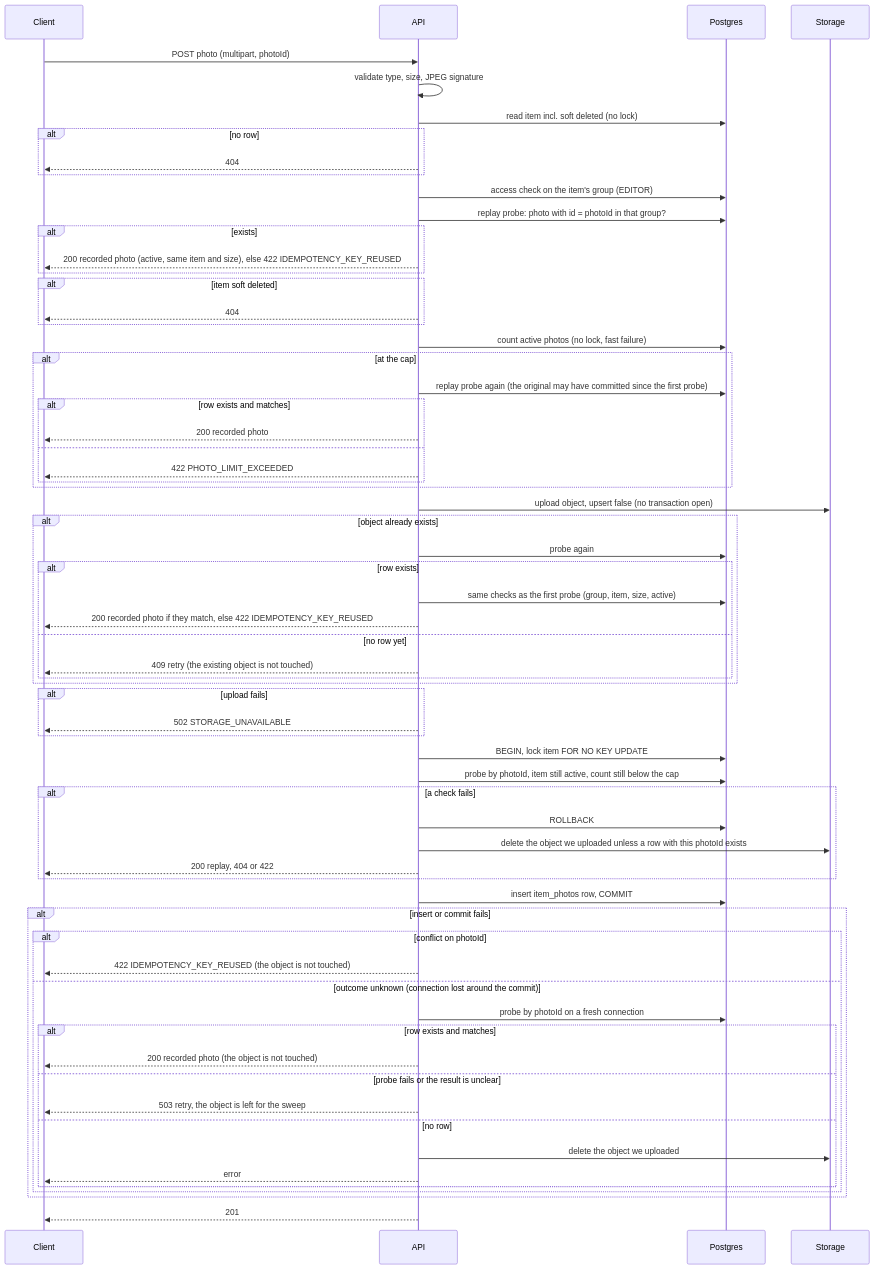
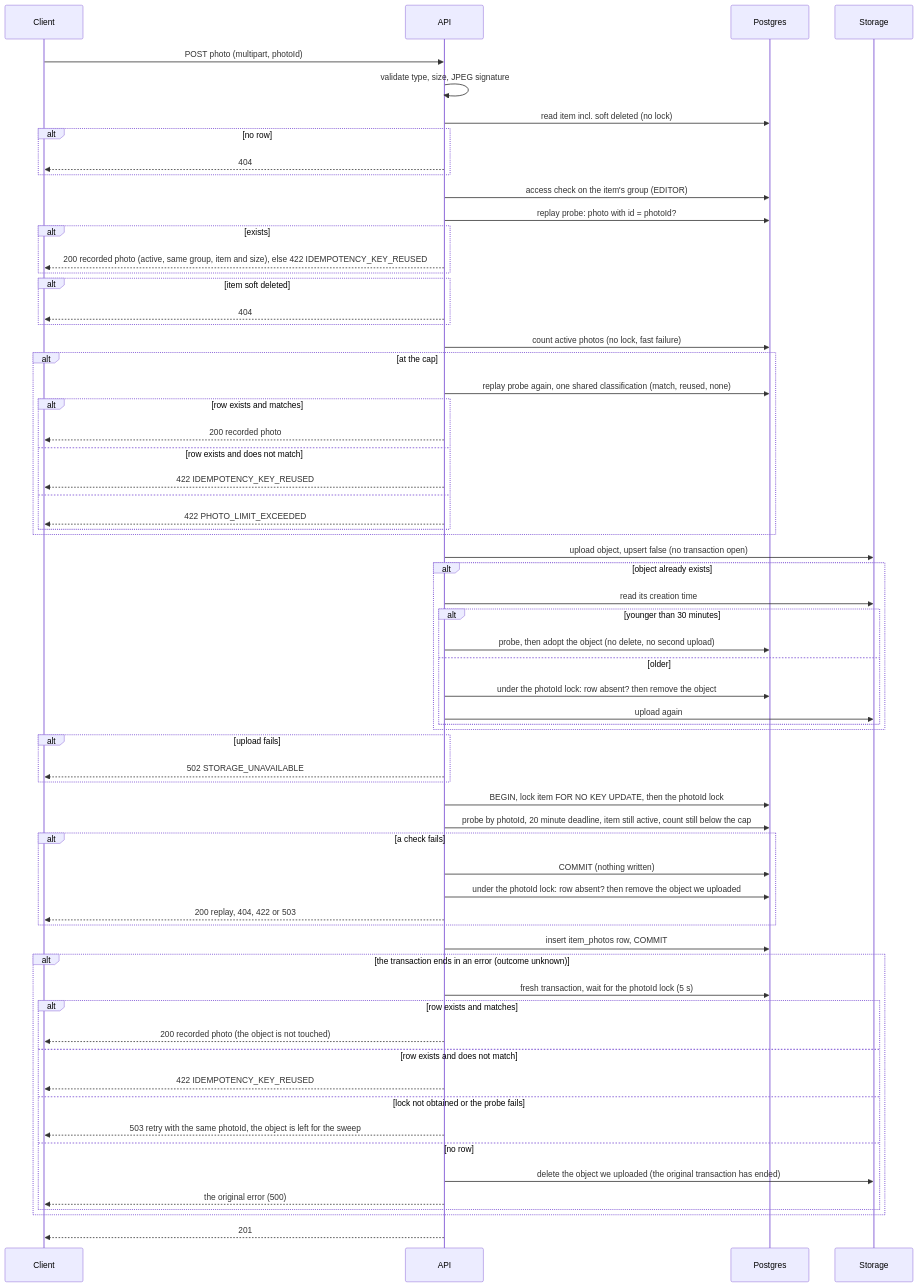
The diagram in docs/design/item-photos.md (TakashiAihara/prep-hamster), drawn with Mermaid before and after one commit. The commit also changed other lines of this file and 36 other files, not shown here.

````diff
--- a/docs/design/item-photos.md
+++ b/docs/design/item-photos.md
@@ -122,67 +127,67 @@
 ```mermaid
 sequenceDiagram
   participant C as Client
   participant A as API
   participant D as Postgres
   participant S as Storage
   C->>A: POST photo (multipart, photoId)
   A->>A: validate type, size, JPEG signature
   A->>D: read item incl. soft deleted (no lock)
   alt no row
     A-->>C: 404
   end
   A->>D: access check on the item's group (EDITOR)
-  A->>D: replay probe: photo with id = photoId in that group?
+  A->>D: replay probe: photo with id = photoId?
   alt exists
-    A-->>C: 200 recorded photo (active, same item and size), else 422 IDEMPOTENCY_KEY_REUSED
+    A-->>C: 200 recorded photo (active, same group, item and size), else 422 IDEMPOTENCY_KEY_REUSED
   end
   alt item soft deleted
     A-->>C: 404
   end
   A->>D: count active photos (no lock, fast failure)
   alt at the cap
-    A->>D: replay probe again (the original may have committed since the first probe)
+    A->>D: replay probe again, one shared classification (match, reused, none)
     alt row exists and matches
       A-->>C: 200 recorded photo
+    else row exists and does not match
+      A-->>C: 422 IDEMPOTENCY_KEY_REUSED
     else
       A-->>C: 422 PHOTO_LIMIT_EXCEEDED
     end
   end
   A->>S: upload object, upsert false (no transaction open)
   alt object already exists
-    A->>D: probe again
-    alt row exists
-      A->>D: same checks as the first probe (group, item, size, active)
-      A-->>C: 200 recorded photo if they match, else 422 IDEMPOTENCY_KEY_REUSED
-    else no row yet
-      A-->>C: 409 retry (the existing object is not touched)
+    A->>S: read its creation time
+    alt younger than 30 minutes
+      A->>D: probe, then adopt the object (no delete, no second upload)
+    else older
+      A->>D: under the photoId lock: row absent? then remove the object
+      A->>S: upload again
     end
   end
   alt upload fails
     A-->>C: 502 STORAGE_UNAVAILABLE
   end
-  A->>D: BEGIN, lock item FOR NO KEY UPDATE
-  A->>D: probe by photoId, item still active, count still below the cap
+  A->>D: BEGIN, lock item FOR NO KEY UPDATE, then the photoId lock
+  A->>D: probe by photoId, 20 minute deadline, item still active, count still below the cap
   alt a check fails
-    A->>D: ROLLBACK
-    A->>S: delete the object we uploaded unless a row with this photoId exists
-    A-->>C: 200 replay, 404 or 422
+    A->>D: COMMIT (nothing written)
+    A->>D: under the photoId lock: row absent? then remove the object we uploaded
+    A-->>C: 200 replay, 404, 422 or 503
   end
   A->>D: insert item_photos row, COMMIT
-  alt insert or commit fails
-    alt conflict on photoId
-      A-->>C: 422 IDEMPOTENCY_KEY_REUSED (the object is not touched)
-    else outcome unknown (connection lost around the commit)
-      A->>D: probe by photoId on a fresh connection
-      alt row exists and matches
-        A-->>C: 200 recorded photo (the object is not touched)
-      else probe fails or the result is unclear
-        A-->>C: 503 retry, the object is left for the sweep
-      else no row
-        A->>S: delete the object we uploaded
-        A-->>C: error
-      end
+  alt the transaction ends in an error (outcome unknown)
+    A->>D: fresh transaction, wait for the photoId lock (5 s)
+    alt row exists and matches
+      A-->>C: 200 recorded photo (the object is not touched)
+    else row exists and does not match
+      A-->>C: 422 IDEMPOTENCY_KEY_REUSED
+    else lock not obtained or the probe fails
+      A-->>C: 503 retry with the same photoId, the object is left for the sweep
+    else no row
+      A->>S: delete the object we uploaded (the original transaction has ended)
+      A-->>C: the original error (500)
     end
   end
   A-->>C: 201
 ```
````
